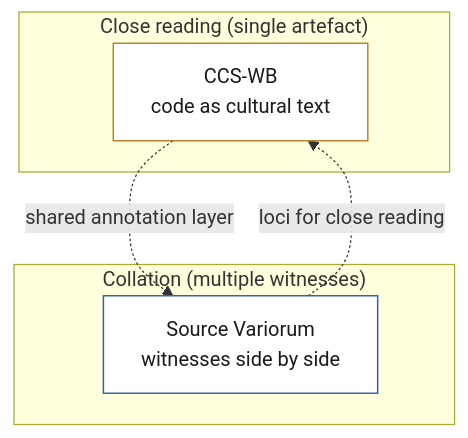
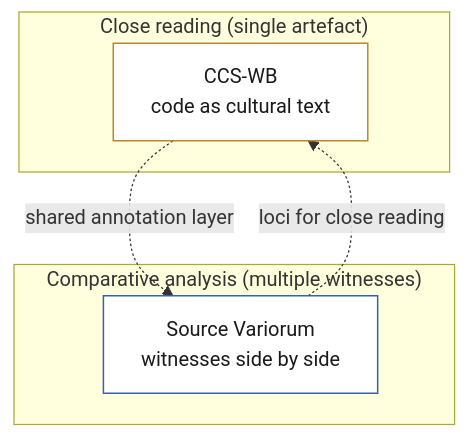
The diagram in index.md (Computational-Hermeneutics/Computational-Hermeneutics.github.io), drawn with Mermaid before and after one commit. The commit also changed other lines of this file and 5 other files, not shown here.

First line of the commit message:
Rename the second method 'collation' -> 'comparative analysis'

```diff
--- a/index.md
+++ b/index.md
@@ -18,18 +18,18 @@
 <div class="mermaid">
 graph TB
   subgraph reading["Close reading (single artefact)"]
     C["CCS-WB\ncode as cultural text"]
   end
 
-  subgraph collation["Collation (multiple witnesses)"]
+  subgraph collation["Comparative analysis (multiple witnesses)"]
     S["Source Variorum\nwitnesses side by side"]
   end
 
   C -.shared annotation layer.-> S
   S -.loci for close reading.-> C
 
   classDef reading fill:#ffffff,stroke:#b8862e,color:#1a1a1a,stroke-width:1.2px;
   classDef collation fill:#ffffff,stroke:#3563a8,color:#1a1a1a,stroke-width:1.2px;
   class C reading;
   class S collation;
 </div>
```
